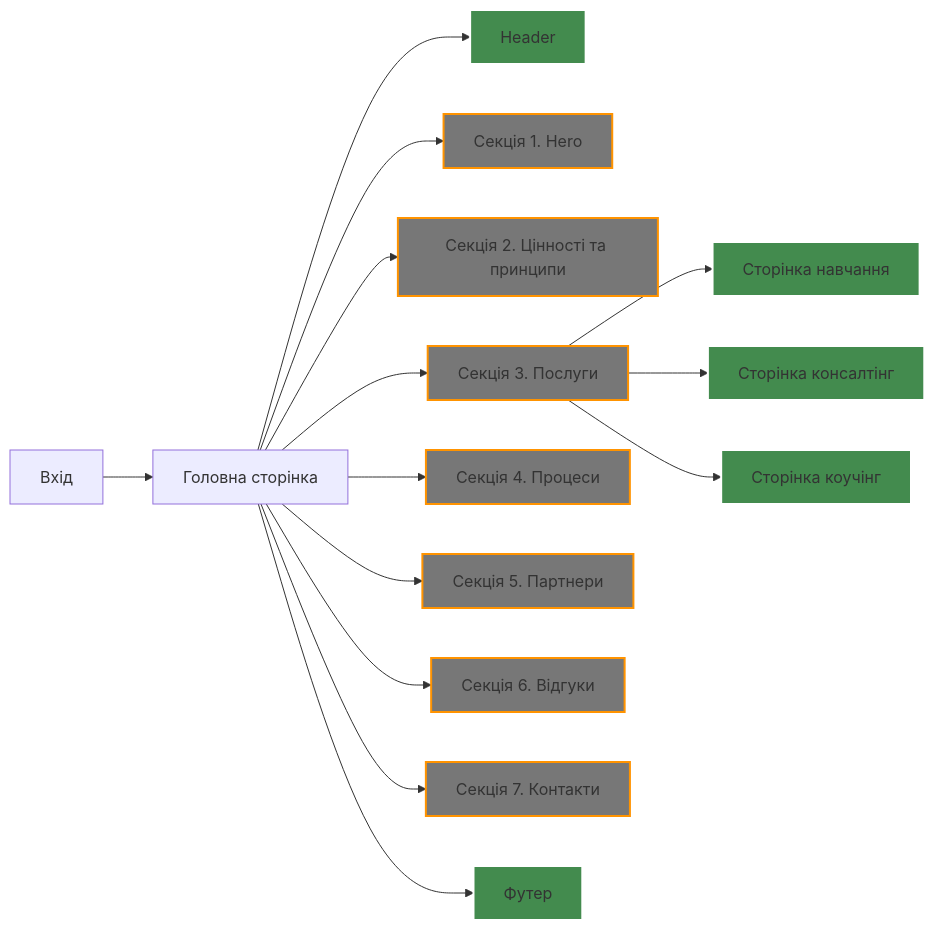
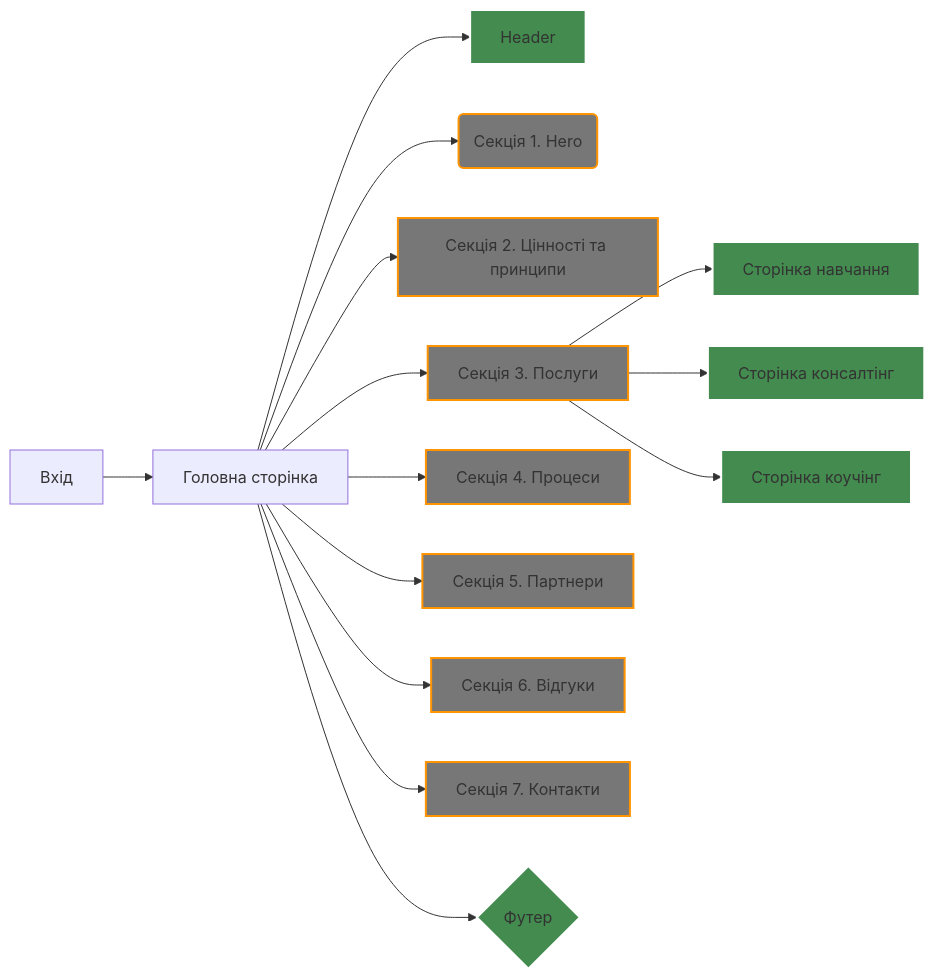
The diagram in README.md (sergio-nezhigay/carptravel), drawn with Mermaid before and after one commit.

````diff
--- a/README.md
+++ b/README.md
@@ -51,50 +51,50 @@
 ```mermaid
 graph LR
 
   %% Хедер
   style B fill:#438b4e, stroke:#ffffff, stroke-width:2px;
   classDef BClass fill:#438b4e, stroke:#ffffff, stroke-width:2px, shape:rect;
 
   %% Секції
   style C fill:#777, stroke:#ff9300, stroke-width:2px;
   classDef CClass fill:#777, stroke:#ff9300, stroke-width:2px, shape:circle;
   style D fill:#777, stroke:#ff9300, stroke-width:2px;
   classDef DClass fill:#777, stroke:#ff9300, stroke-width:2px, shape:diamond;
   style E fill:#777, stroke:#ff9300, stroke-width:2px;
   classDef EClass fill:#777, stroke:#ff9300, stroke-width:2px, shape:round-edge;
   style F fill:#777, stroke:#ff9300, stroke-width:2px;
   classDef FClass fill:#777, stroke:#ff9300, stroke-width:2px, shape:hexagon;
   style G fill:#777, stroke:#ff9300, stroke-width:2px;
   classDef GClass fill:#777, stroke:#ff9300, stroke-width:2px, shape:trapezoid;
   style H fill:#777, stroke:#ff9300, stroke-width:2px;
   classDef HClass fill:#777, stroke:#ff9300, stroke-width:2px, shape:parallelogram;
   style I fill:#777, stroke:#ff9300, stroke-width:2px;
   classDef IClass fill:#777, stroke:#ff9300, stroke-width:2px, shape:ellipse;
 
   %% Сторінки
   style N fill:#438b4e, stroke:#ffffff, stroke-width:2px;
   classDef NClass fill:#438b4e, stroke:#ffffff, stroke-width:2px, shape:rect;
   style O fill:#438b4e, stroke:#ffffff, stroke-width:2px;
   classDef OClass fill:#438b4e, stroke:#ffffff, stroke-width:2px, shape:round-edge;
   style P fill:#438b4e, stroke:#ffffff, stroke-width:2px;
   classDef PClass fill:#438b4e, stroke:#ffffff, stroke-width:2px, shape:ellipse;
 
   %% Футер
   style J fill:#438b4e, stroke:#ffffff, stroke-width:2px;
   classDef JClass fill:#438b4e, stroke:#ffffff, stroke-width:2px, shape:trapezoid;
 
 
   Z[Вхід] --> A[Головна сторінка]
   A --> B[Header]
-  A --> C[Секція 1. Hero]
+  A --> C(Секція 1. Hero)
   A --> D[Секція 2. Цінності та принципи]
   A --> E[Секція 3. Послуги]
   A --> F[Секція 4. Процеси]
   A --> G[Секція 5. Партнери]
   A --> H[Секція 6. Відгуки]
   A --> I[Секція 7. Контакти]
-  A --> J[Футер]
+  A --> J{Футер}
   E --> N[Сторінка навчання]
   E --> O[Сторінка консалтінг]
   E --> P[Сторінка коучінг]
 ```
````
